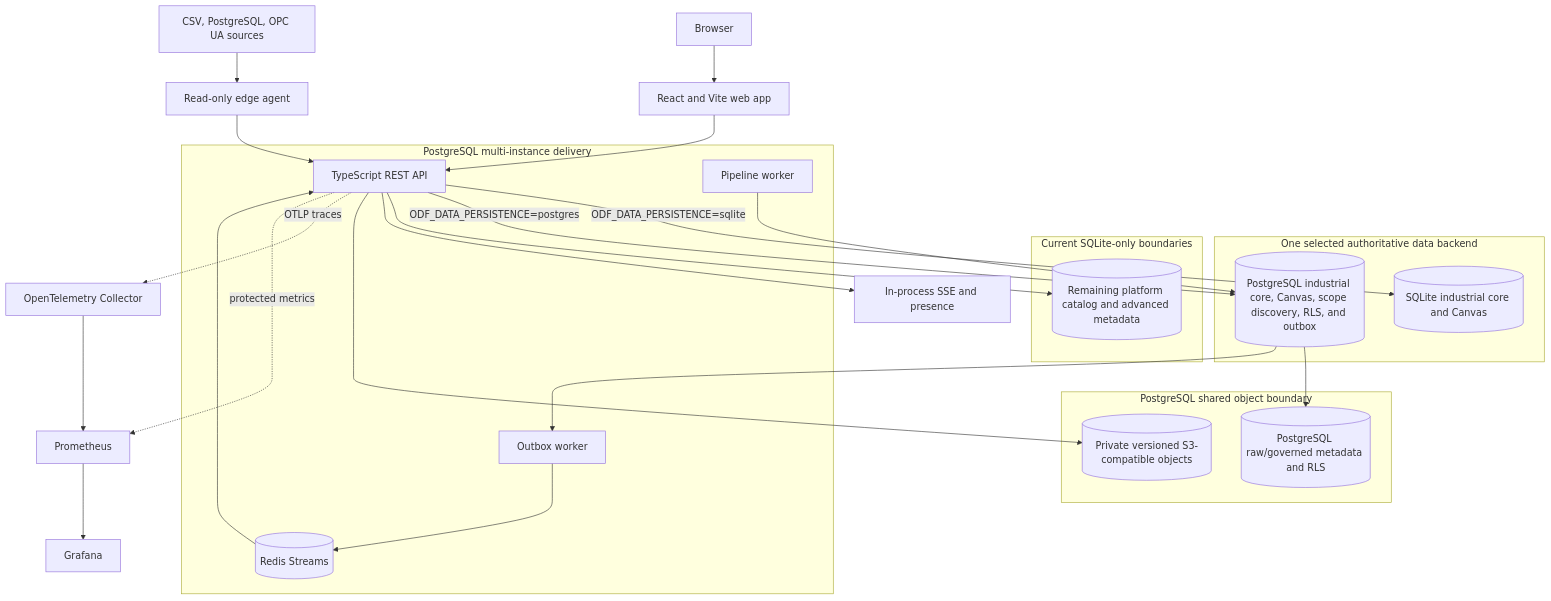
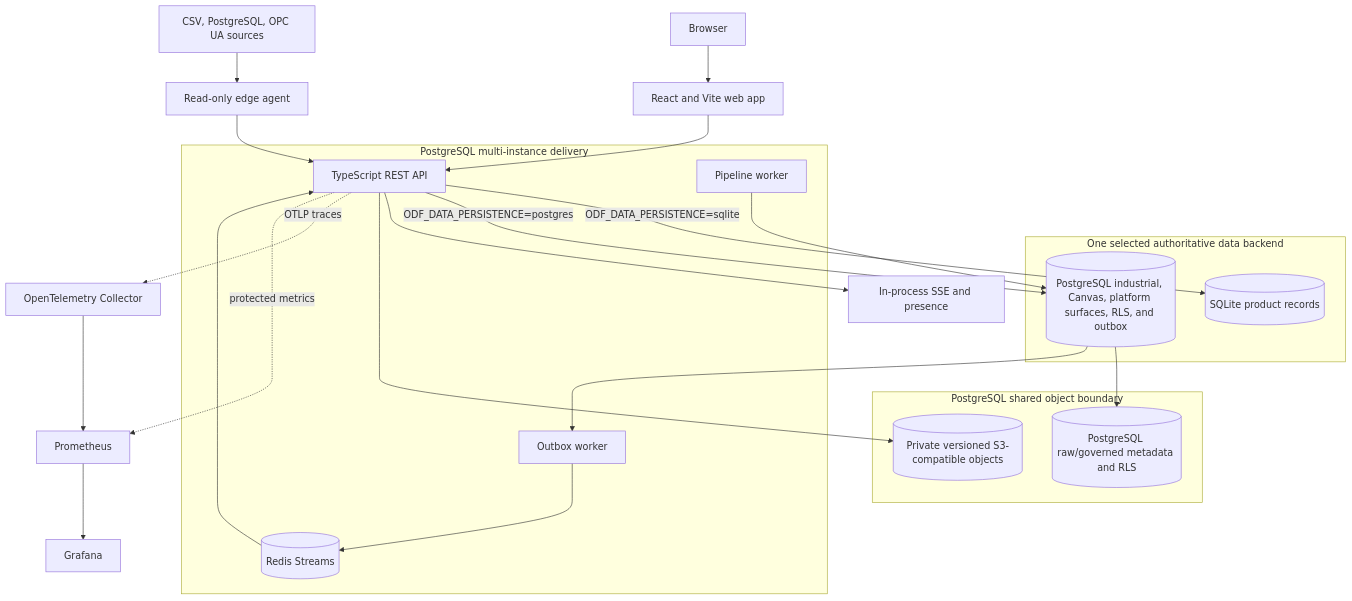
One commit to HaydernCenterpoint/Open-Data-Fusion changed the first of 2 diagrams in README.md. Above: the diagram before and after it, drawn with Mermaid. The commit also changed other lines of this file and 70 other files, not shown here.

Commit message:
feat: complete PostgreSQL production readiness gates

````diff
--- a/README.md
+++ b/README.md
@@ -126,42 +124,37 @@
 ```mermaid
 flowchart TB
     Browser[Browser] --> Web[React and Vite web app]
     Web --> API[TypeScript REST API]
 
     Sources[CSV, PostgreSQL, OPC UA sources] --> Edge[Read-only edge agent]
     Edge --> API
 
     subgraph Selected[One selected authoritative data backend]
-        SQLite[(SQLite industrial core and Canvas)]
-        PG[(PostgreSQL industrial core, Canvas, scope discovery, RLS, and outbox)]
+        SQLite[(SQLite product records)]
+        PG[(PostgreSQL industrial, Canvas, platform surfaces, RLS, and outbox)]
     end
 
     API -->|ODF_DATA_PERSISTENCE=sqlite| SQLite
     API -->|ODF_DATA_PERSISTENCE=postgres| PG
 
-    subgraph RemainingLocal[Current SQLite-only boundaries]
-        Metadata[(Remaining platform catalog and advanced metadata)]
-    end
-
-    API --> Metadata
     API --> SSE[In-process SSE and presence]
 
     subgraph SharedObjects[PostgreSQL shared object boundary]
         ObjectMetadata[(PostgreSQL raw/governed metadata and RLS)]
         Objects[(Private versioned S3-compatible objects)]
     end
     PG --> ObjectMetadata
     API --> Objects
 
     subgraph SharedEvents[PostgreSQL multi-instance delivery]
         Pipeline[Pipeline worker] --> PG
         PG --> Outbox[Outbox worker]
         Outbox --> Redis[(Redis Streams)]
         Redis --> API
     end
 
     API -. OTLP traces .-> Collector[OpenTelemetry Collector]
     API -. protected metrics .-> Prometheus[Prometheus]
     Collector --> Prometheus
     Prometheus --> Grafana[Grafana]
 ```
````
